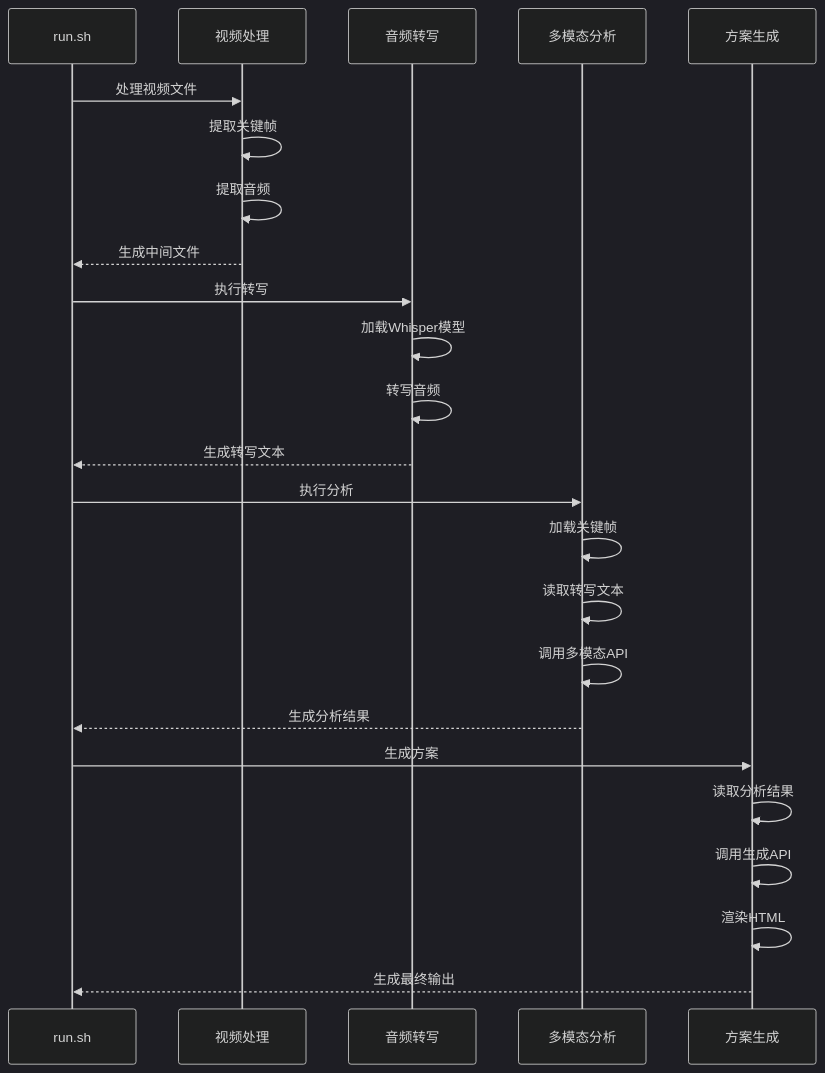
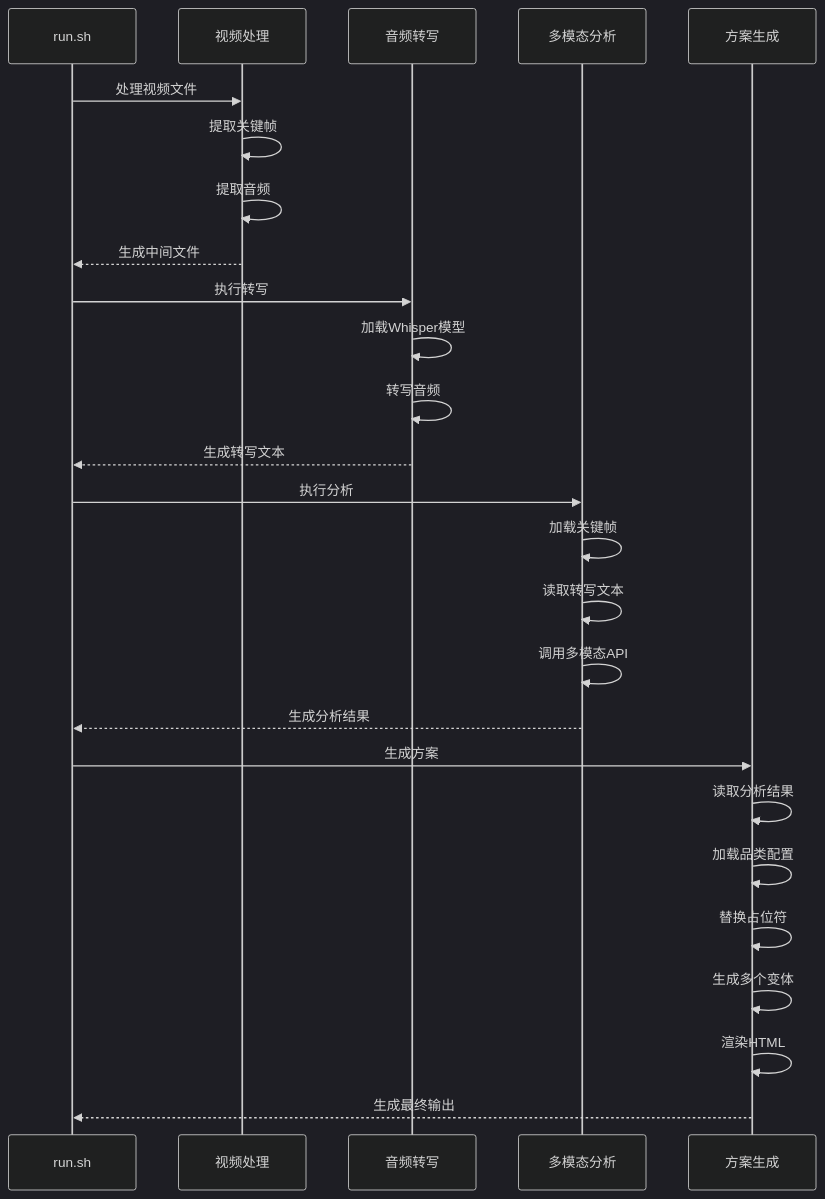
The tenth of 14 diagrams in .qoder/repowiki/zh/content/核心模块详解/核心模块详解.md (WongMingJiu/landingpage-test-hero-page), drawn with Mermaid (dark theme) before and after one commit. The commit also changed other lines of this file and 6 other files, not shown here.

````diff
--- a/.qoder/repowiki/zh/content/核心模块详解/核心模块详解.md
+++ b/.qoder/repowiki/zh/content/核心模块详解/核心模块详解.md
@@ -300,26 +361,28 @@
 ```mermaid
 sequenceDiagram
 participant Runner as run.sh
 participant Extractor as 视频处理
 participant Transcriber as 音频转写
 participant Analyzer as 多模态分析
 participant Generator as 方案生成
 Runner->>Extractor : 处理视频文件
 Extractor->>Extractor : 提取关键帧
 Extractor->>Extractor : 提取音频
 Extractor-->>Runner : 生成中间文件
 Runner->>Transcriber : 执行转写
 Transcriber->>Transcriber : 加载Whisper模型
 Transcriber->>Transcriber : 转写音频
 Transcriber-->>Runner : 生成转写文本
 Runner->>Analyzer : 执行分析
 Analyzer->>Analyzer : 加载关键帧
 Analyzer->>Analyzer : 读取转写文本
 Analyzer->>Analyzer : 调用多模态API
 Analyzer-->>Runner : 生成分析结果
 Runner->>Generator : 生成方案
 Generator->>Generator : 读取分析结果
-Generator->>Generator : 调用生成API
+Generator->>Generator : 加载品类配置
+Generator->>Generator : 替换占位符
+Generator->>Generator : 生成多个变体
 Generator->>Generator : 渲染HTML
 Generator-->>Runner : 生成最终输出
 ```
````
